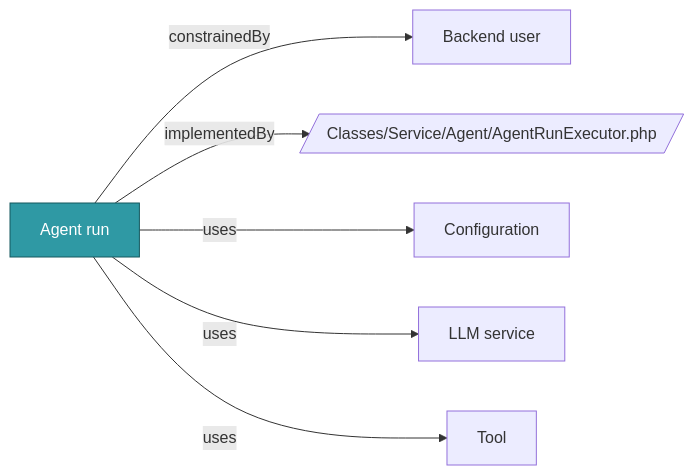
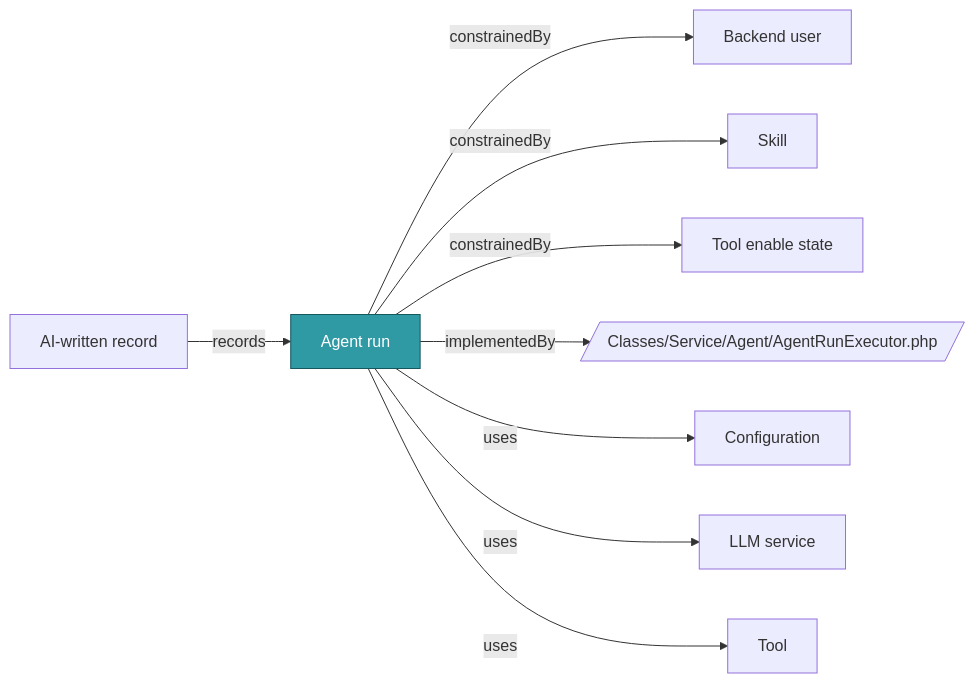
One commit to netresearch/t3x-nr-llm changed the diagram in docs/ontology/concepts/agent-run.md. Above: the diagram before and after it, drawn with Mermaid. The commit also changed other lines of this file and 25 other files, not shown here.

First line of the commit message:
docs: model tool enable state, skill tool limits and missing API parts

````diff
--- a/docs/ontology/concepts/agent-run.md
+++ b/docs/ontology/concepts/agent-run.md
@@ -24,16 +24,22 @@
 ```mermaid
 flowchart LR
   c["Agent run"]
   n1["Backend user"]
-  n2[/"Classes/Service/Agent/AgentRunExecutor.php"/]
-  n3["Configuration"]
-  n4["LLM service"]
-  n5["Tool"]
+  n2["Skill"]
+  n3["Tool enable state"]
+  n4[/"Classes/Service/Agent/AgentRunExecutor.php"/]
+  n5["Configuration"]
+  n6["LLM service"]
+  n7["Tool"]
+  n8["AI-written record"]
   c -->|"constrainedBy"| n1
-  c -->|"implementedBy"| n2
-  c -->|"uses"| n3
-  c -->|"uses"| n4
+  c -->|"constrainedBy"| n2
+  c -->|"constrainedBy"| n3
+  c -->|"implementedBy"| n4
   c -->|"uses"| n5
+  c -->|"uses"| n6
+  c -->|"uses"| n7
+  n8 -->|"records"| c
   classDef focus fill:#2F99A4,stroke:#15585E,color:#ffffff
   class c focus
 ```
````
